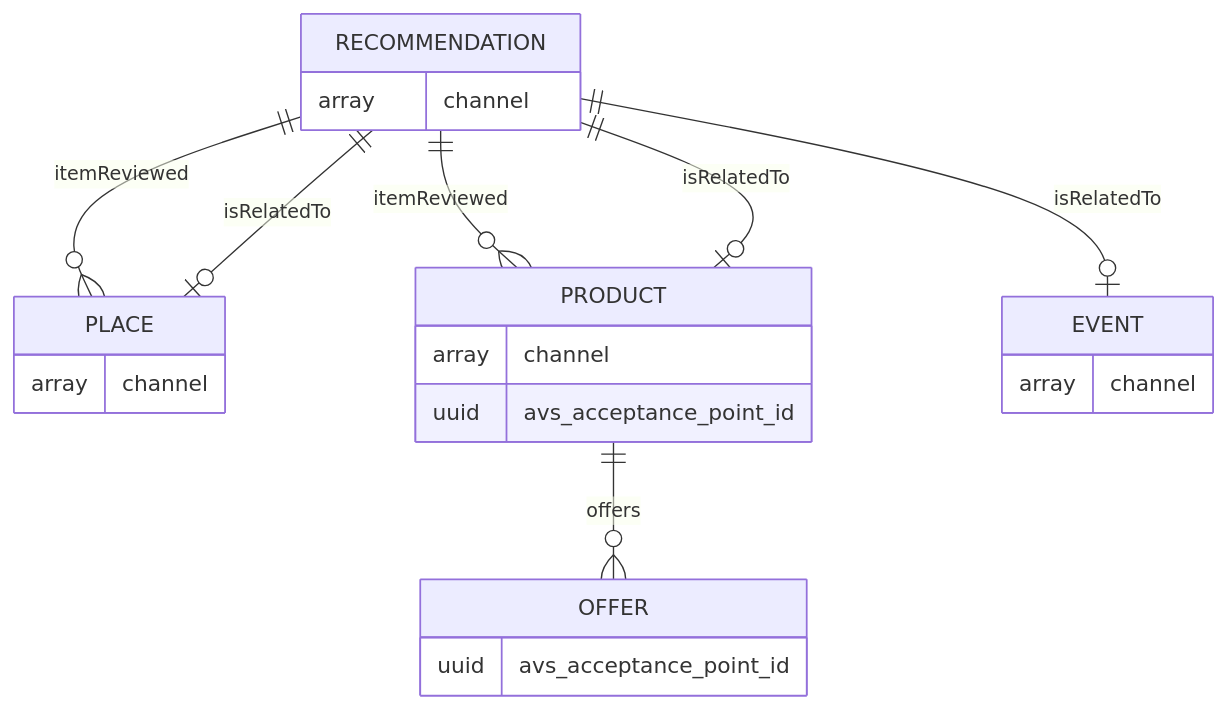
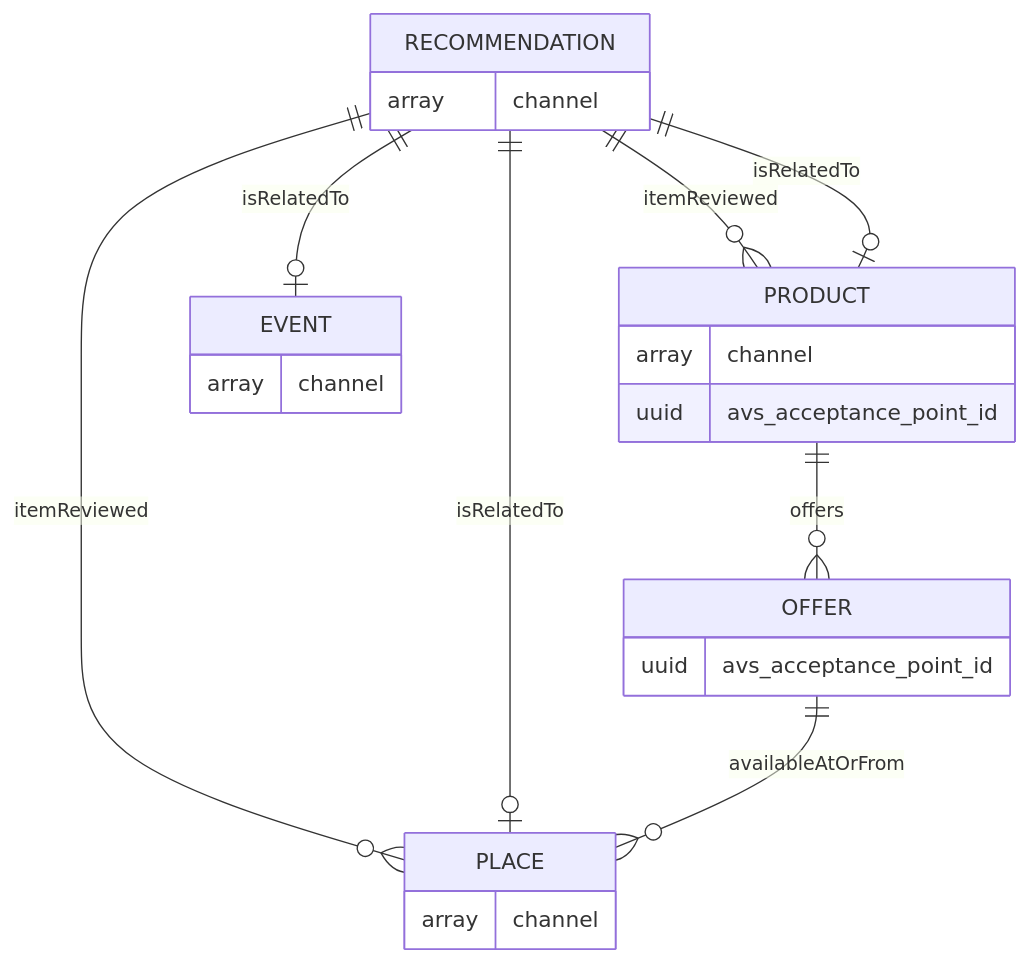
One commit to tsolenthaler/docs.contentdesk.io changed the third of 3 diagrams in docs/dev/projects/glarnerlandApp.md. Above: the diagram before and after it, drawn with Mermaid.

Commit message:
Refactor schema and update relationships in glarnerlandApp.md

````diff
--- a/docs/dev/projects/glarnerlandApp.md
+++ b/docs/dev/projects/glarnerlandApp.md
@@ -43,31 +43,33 @@
 ``` mermaid
 erDiagram
     RECOMMENDATION ||--o{ PLACE : itemReviewed
     RECOMMENDATION{
         array channel
     }
     RECOMMENDATION ||--o{ PRODUCT : itemReviewed
     
     RECOMMENDATION ||--o| PRODUCT : isRelatedTo
     RECOMMENDATION ||--o| EVENT : isRelatedTo
     RECOMMENDATION ||--o| PLACE : isRelatedTo
 
     PRODUCT{
         array channel
         uuid avs_acceptance_point_id
     }
 
     PRODUCT ||--o{ OFFER : offers
 
     OFFER{
         uuid avs_acceptance_point_id
     }
 
+    OFFER ||--o{ PLACE : availableAtOrFrom
+
     PLACE{
         array channel
     }
 
     EVENT{
         array channel
     }
 ```
````
